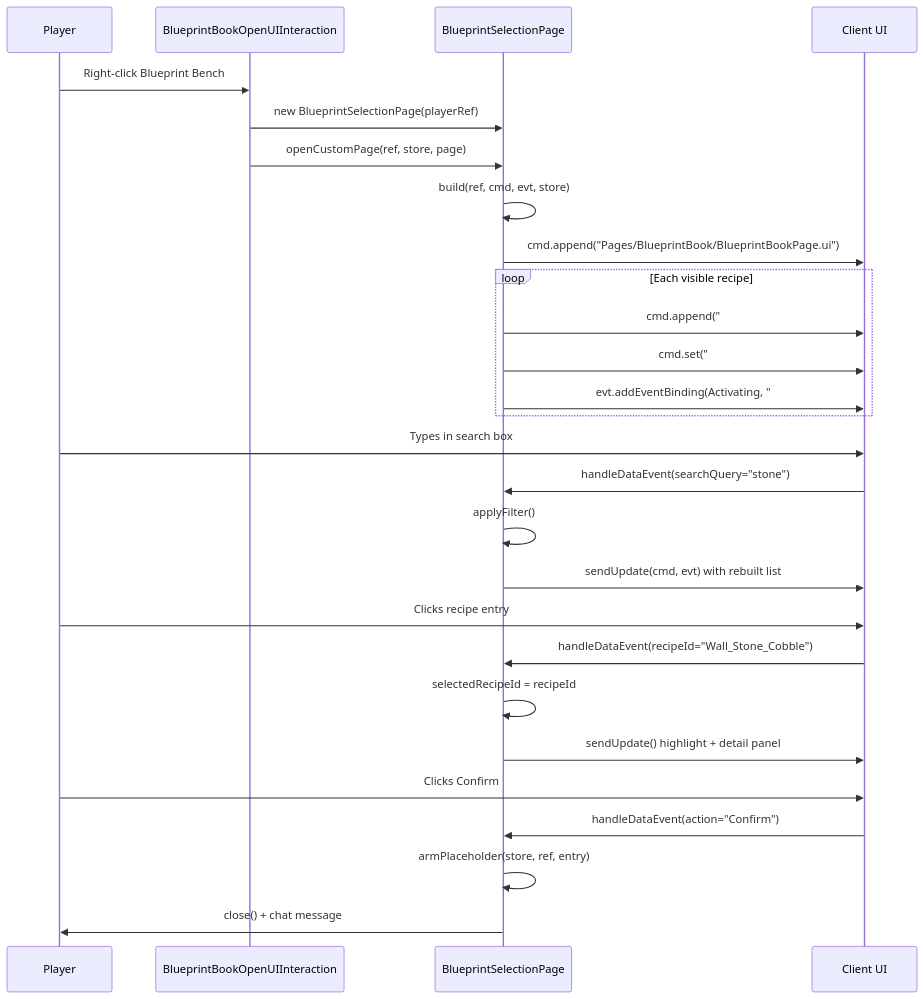
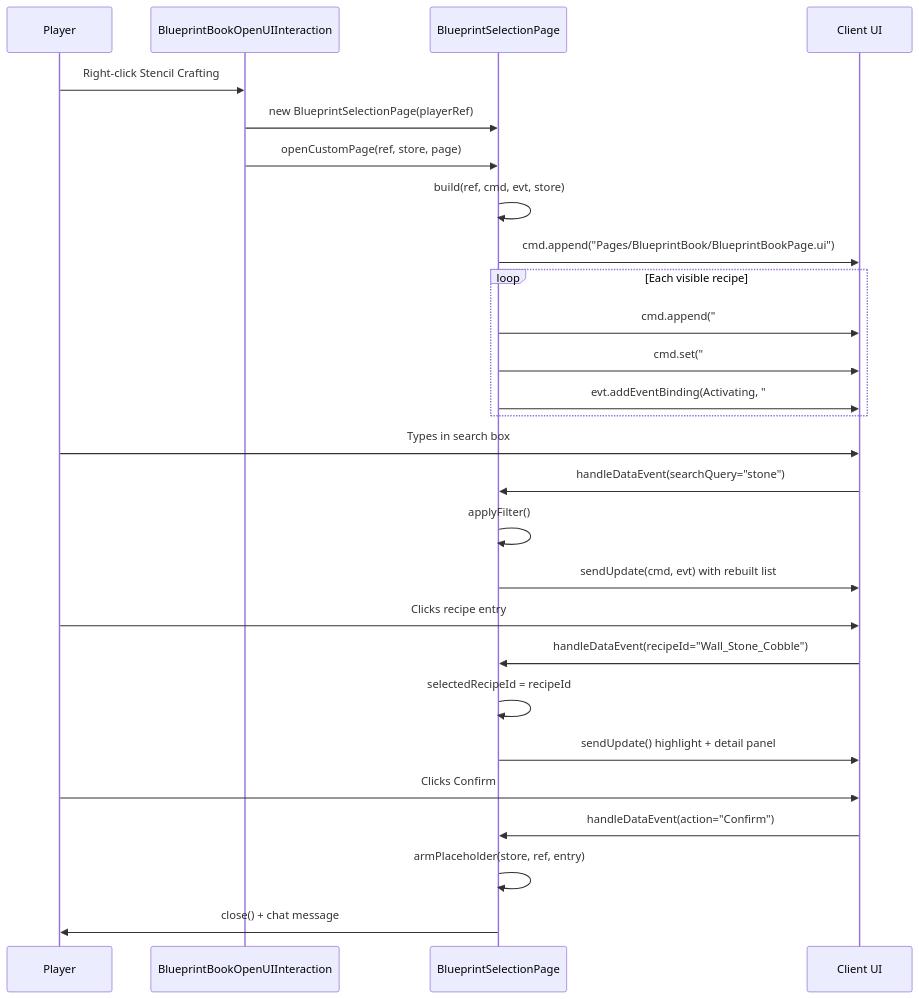
Before and after one commit to TheCodeCreature/Hytale-Example-Plugin: the third of 3 diagrams in docs/Plans/design-Blueprint-Book-ui.md, drawn with Mermaid. The commit also changed other lines of this file and 78 other files, not shown here.

First line of the commit message:
Refactor Blueprint Bench to Stencil Crafting

````diff
--- a/docs/Plans/design-Blueprint-Book-ui.md
+++ b/docs/Plans/design-Blueprint-Book-ui.md
@@ -101,33 +101,33 @@
 ```mermaid
 sequenceDiagram
     participant P as Player
     participant INT as BlueprintBookOpenUIInteraction
     participant PAGE as BlueprintSelectionPage
     participant CLIENT as Client UI
 
-    P->>INT: Right-click Blueprint Bench
+    P->>INT: Right-click Stencil Crafting
     INT->>PAGE: new BlueprintSelectionPage(playerRef)
     INT->>PAGE: openCustomPage(ref, store, page)
     PAGE->>PAGE: build(ref, cmd, evt, store)
     PAGE->>CLIENT: cmd.append("Pages/BlueprintBook/BlueprintBookPage.ui")
     loop Each visible recipe
         PAGE->>CLIENT: cmd.append("#RecipeList", "Pages/BlueprintBook/RecipeEntry.ui")
         PAGE->>CLIENT: cmd.set("#RecipeList[i].#RecipeName.Text", name)
         PAGE->>CLIENT: evt.addEventBinding(Activating, "#RecipeList[i]", recipeId)
     end
 
     P->>CLIENT: Types in search box
     CLIENT->>PAGE: handleDataEvent(searchQuery="stone")
     PAGE->>PAGE: applyFilter()
     PAGE->>CLIENT: sendUpdate(cmd, evt) with rebuilt list
 
     P->>CLIENT: Clicks recipe entry
     CLIENT->>PAGE: handleDataEvent(recipeId="Wall_Stone_Cobble")
     PAGE->>PAGE: selectedRecipeId = recipeId
     PAGE->>CLIENT: sendUpdate() highlight + detail panel
 
     P->>CLIENT: Clicks Confirm
     CLIENT->>PAGE: handleDataEvent(action="Confirm")
     PAGE->>PAGE: armPlaceholder(store, ref, entry)
     PAGE->>P: close() + chat message
 ```
````
